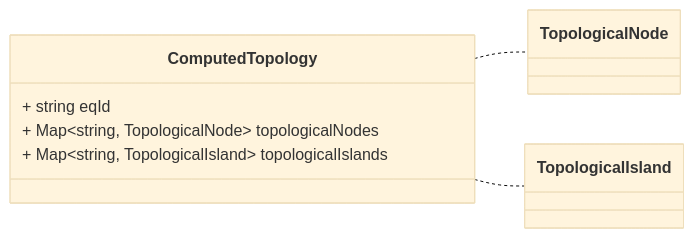
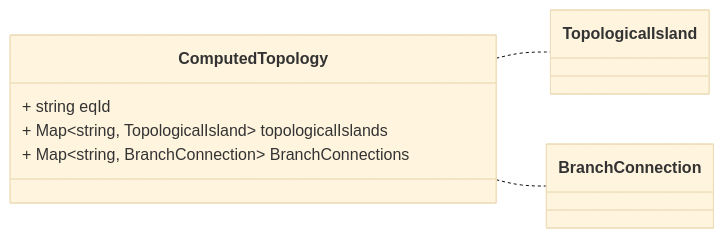
Before and after one commit to zaphiro-technologies/protobuf: the fifth of 5 diagrams in docs/topology.proto.md, drawn with Mermaid (base theme). The commit also changed other lines of this file and 5 other files, not shown here.

````diff
--- a/docs/topology.proto.md
+++ b/docs/topology.proto.md
@@ -82,22 +99,22 @@
 ```mermaid
 classDiagram
 direction LR
 
 %% A processed topology information.
 %% Headers used in rabbitMQ:
 %% * `id` (string): id of the `Topology`
 %% * `type` (string): always `ComputedTopology`
 %% * `producerId` (string): the id of the producer (e.g. a PMU) linked to the dataset.
 %% * `timestampId` (int64): related measurement Unix msec timestamp (if any)
 %% * `subnetworkId` (string): the sub network id for which the topology was computed
 %% 
 
 class ComputedTopology {
   + string eqId
-  + Map~string,  TopologicalNode~ topologicalNodes
   + Map~string,  TopologicalIsland~ topologicalIslands
+  + Map~string,  BranchConnection~ BranchConnections
 }
-ComputedTopology .. ` TopologicalNode`
 ComputedTopology .. ` TopologicalIsland`
+ComputedTopology .. ` BranchConnection`
 
 ```
````
